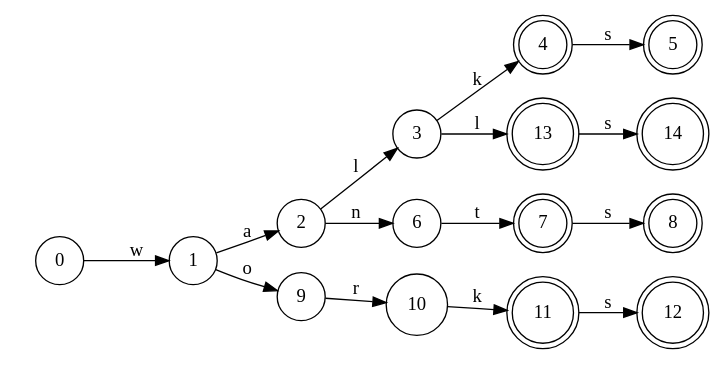
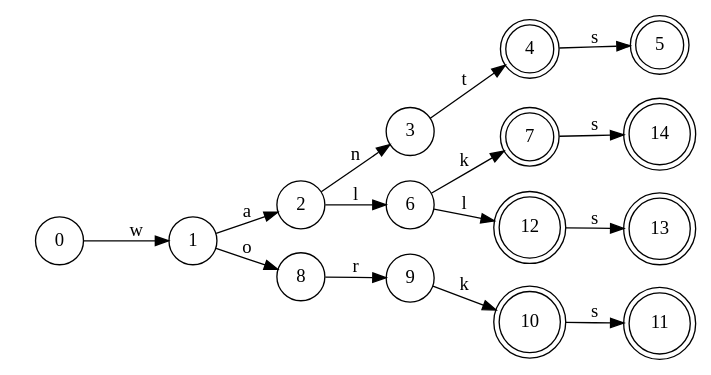
One commit to JINHXu/FSA changed the diagram in graph.dot. Above: the diagram before and after it, drawn with Graphviz. The commit also changed 1 other file, not shown here.

```diff
--- a/graph.dot
+++ b/graph.dot
@@ -1,27 +1,27 @@
 digraph {
   rankdir = LR;
   start[style=invis];
   node[shape=circle];
   0 -> 1 [label="w"];
   1 -> 2 [label="a"];
-  2 -> 3 [label="l"];
-  3 -> 4 [label="k"];
+  2 -> 3 [label="n"];
+  3 -> 4 [label="t"];
   4 -> 5 [label="s"];
-  2 -> 6 [label="n"];
-  6 -> 7 [label="t"];
-  7 -> 8 [label="s"];
-  1 -> 9 [label="o"];
-  9 -> 10 [label="r"];
-  10 -> 11 [label="k"];
-  11 -> 12 [label="s"];
-  3 -> 13 [label="l"];
-  13 -> 14 [label="s"];
+  2 -> 6 [label="l"];
+  6 -> 7 [label="k"];
+  1 -> 8 [label="o"];
+  8 -> 9 [label="r"];
+  9 -> 10 [label="k"];
+  10 -> 11 [label="s"];
+  6 -> 12 [label="l"];
+  12 -> 13 [label="s"];
+  7 -> 14 [label="s"];
   4 [shape=doublecircle];
   5 [shape=doublecircle];
   7 [shape=doublecircle];
-  8 [shape=doublecircle];
+  10 [shape=doublecircle];
   11 [shape=doublecircle];
   12 [shape=doublecircle];
   13 [shape=doublecircle];
   14 [shape=doublecircle];
 }
```
